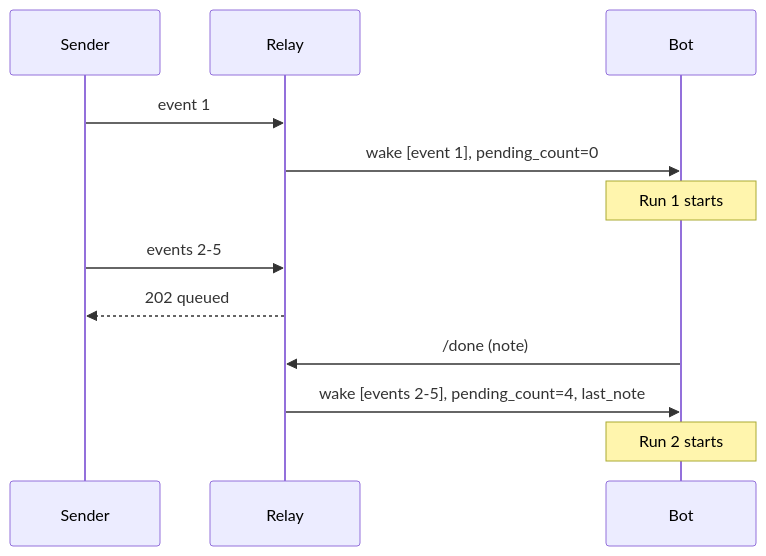
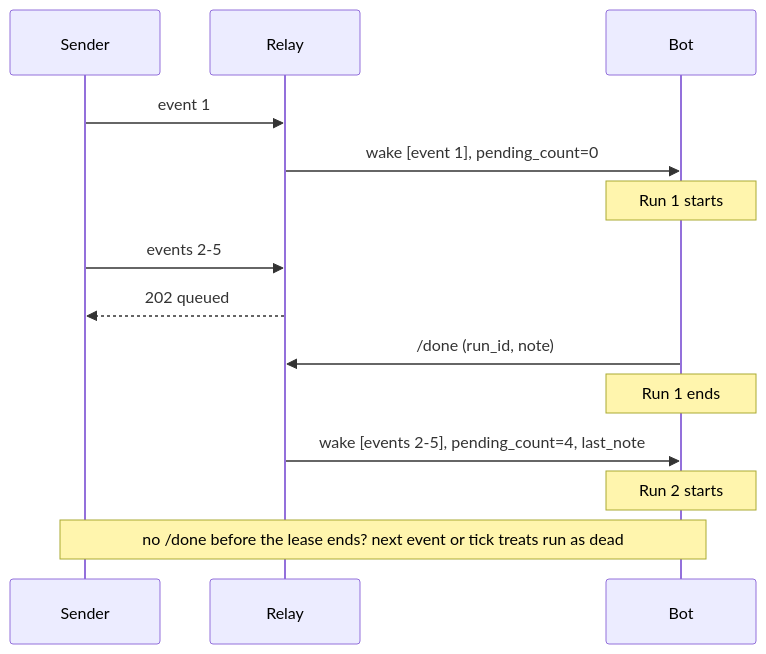
Before and after one commit to si4ai/grokbot-wake-relay: the second of 3 diagrams in README.md, drawn with Mermaid. The commit also changed other lines of this file, not shown here.

Commit message:
README: define routine, prototype framing, revised diagrams and native asks

````diff
--- a/README.md
+++ b/README.md
@@ -57,14 +59,16 @@
 ```mermaid
 sequenceDiagram
     participant S as Sender
     participant R as Relay
     participant B as Bot
     S->>R: event 1
     R->>B: wake [event 1], pending_count=0
     Note over B: Run 1 starts
     S->>R: events 2-5
     R-->>S: 202 queued
-    B->>R: /done (note)
+    B->>R: /done (run_id, note)
+    Note over B: Run 1 ends
     R->>B: wake [events 2-5], pending_count=4, last_note
     Note over B: Run 2 starts
+    Note over S,B: no /done before the lease ends? next event or tick treats run as dead
 ```
````
